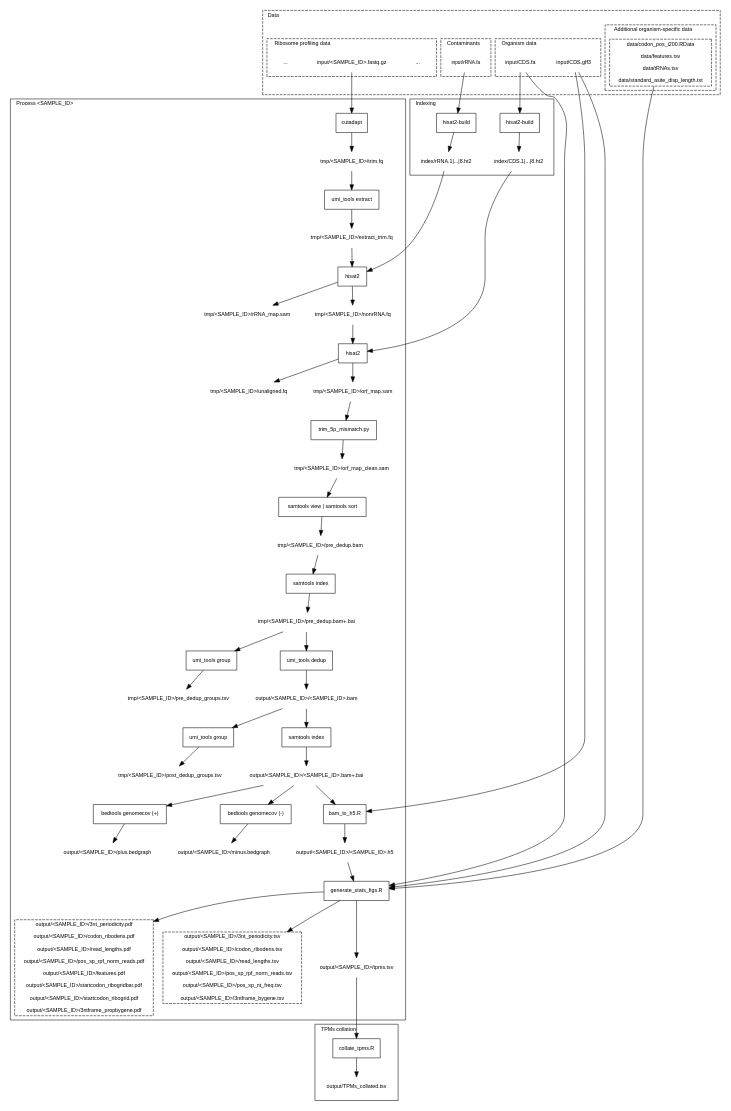
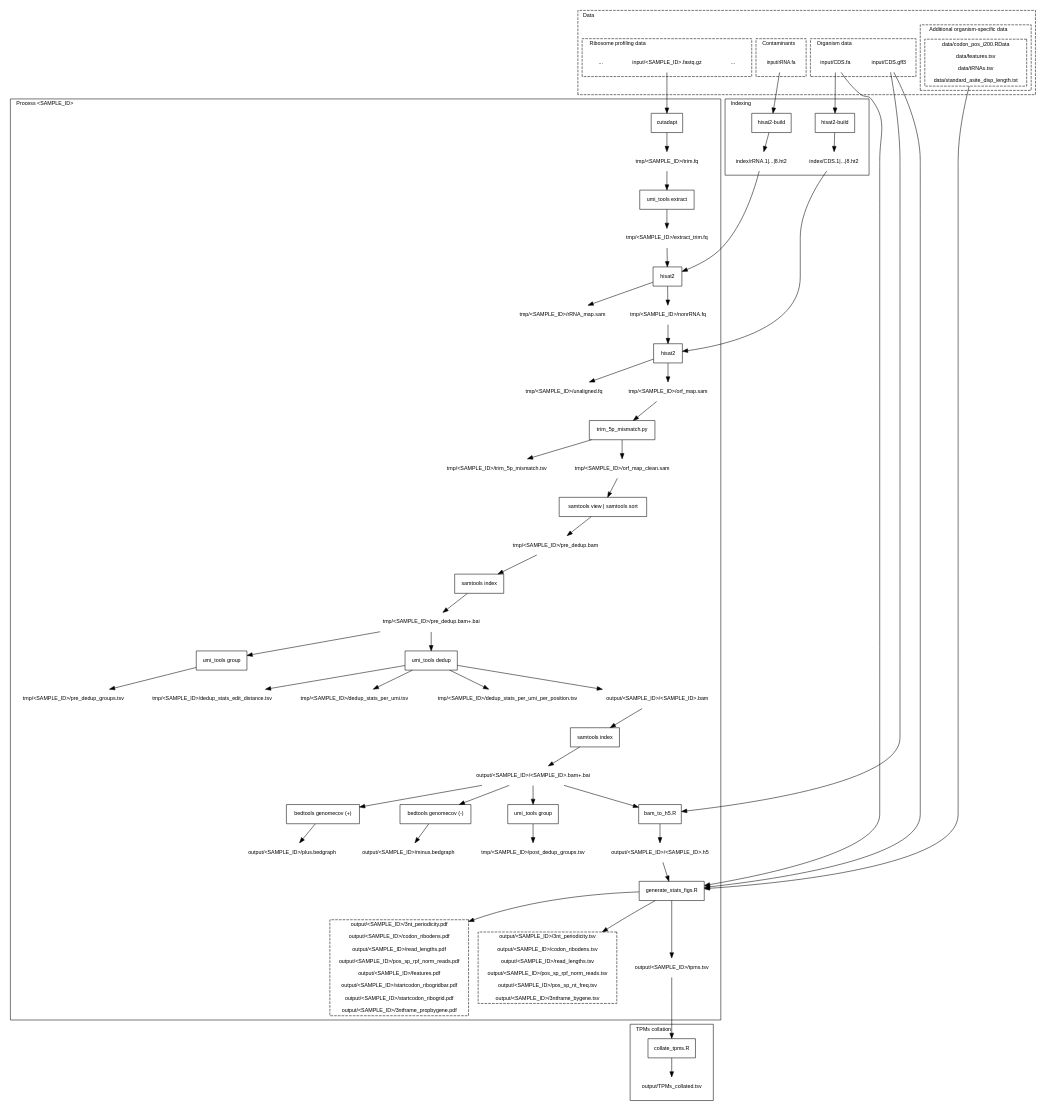
Before and after one commit to riboviz/riboviz: the diagram in docs/images/workflow-dedup.dot, drawn with Graphviz. The commit also changed 60 other files, not shown here.

```diff
--- a/docs/images/workflow-dedup.dot
+++ b/docs/images/workflow-dedup.dot
@@ -1,172 +1,181 @@
 digraph G {
   graph [ fontname=Helvetica, fontsize=10, compound=true ]
   node [ fontname=Helvetica, fontsize=10 ]
   edge [ fontname=Helvetica, fontsize=10 ]
 
   subgraph cluster_data {
     label = "Data"
     labeljust = "l"
     style = dashed
 
     subgraph cluster_organism {
       label = "Organism data"
       labeljust = "l"
       style = dashed
 
       "input/CDS.fa"  [shape=plaintext]
       "input/CDS.gff3" [shape=plaintext]
     }
 
     subgraph cluster_contaminants {
       label = "Contaminants"
       labeljust = "l"
       style = dashed
 
       "input/rRNA.fa"  [shape=plaintext, fontsize=9]
     }
 
     subgraph cluster_additional_organism {
       label = "Additional organism-specific data"
       labeljust = "l"
       style = dashed
 
       data [label="data/codon_pos_i200.RData\n
 data/features.tsv\n
 data/tRNAs.tsv\n
 data/standard_asite_disp_length.txt"] [shape=box, style=dashed]
     }
 
     subgraph cluster_ribosome {
       label = "Ribosome profiling data"
       labeljust = "l"
       style = dashed
 
       ribosome_data0toI [label="..."] [shape=plaintext]
       "input/<SAMPLE_ID>.fastq.gz" [shape=plaintext]
       ribosome_dataItoN [label="..."] [shape=plaintext]
     }
   }
   
   subgraph cluster_indexing {
     label = "Indexing"
     labeljust = "l"
 
     h2build1 [label="hisat2-build"] [shape=box]
     h2build2 [label="hisat2-build"] [shape=box]
 
     "index/rRNA.1|...|8.ht2" [shape=plaintext]
     "index/CDS.1|...|8.ht2" [shape=plaintext]
 
     "input/rRNA.fa" -> h2build1 -> "index/rRNA.1|...|8.ht2"
     "input/CDS.fa" -> h2build2 -> "index/CDS.1|...|8.ht2"
   }
 
   subgraph cluster_per_sample_processing {
     label = "Process <SAMPLE_ID>"
     labeljust = "l"
 
     cut [label="cutadapt"] [shape=box]
     umi_extract [label="umi_tools extract"] [shape=box]
     h21 [label="hisat2"] [shape=box]
     h22 [label="hisat2"] [shape=box]
     samindex [label="samtools index"] [shape=box]
     samview [label="samtools view | samtools sort"] [shape=box]
     umi_pre_group [label="umi_tools group"] [shape=box]
     umi_dedup [label="umi_tools dedup"] [shape=box]
     umi_post_group [label="umi_tools group"] [shape=box]
     samindex_dedup [label="samtools index"] [shape=box]
     trim [label="trim_5p_mismatch.py"] [shape=box]
     bedplus [label="bedtools genomecov (+)"] [shape=box]
     bedminus [label="bedtools genomecov (-)"] [shape=box]
     bam2h5 [label="bam_to_h5.R"] [shape=box]
     statsfigs [label="generate_stats_figs.R"] [shape=box]
 
     "tmp/<SAMPLE_ID>/trim.fq" [shape=plaintext]
     "tmp/<SAMPLE_ID>/extract_trim.fq" [shape=plaintext]
     "tmp/<SAMPLE_ID>/rRNA_map.sam" [shape=plaintext]
     "tmp/<SAMPLE_ID>/nonrRNA.fq" [shape=plaintext]
     "tmp/<SAMPLE_ID>/unaligned.fq" [shape=plaintext]
     "tmp/<SAMPLE_ID>/orf_map.sam" [shape=plaintext]
+    "tmp/<SAMPLE_ID>/trim_5p_mismatch.tsv" [shape=plaintext]
     "tmp/<SAMPLE_ID>/orf_map_clean.sam" [shape=plaintext]
     "tmp/<SAMPLE_ID>/pre_dedup_groups.tsv" [shape=plaintext]
     "tmp/<SAMPLE_ID>/post_dedup_groups.tsv" [shape=plaintext]
     "tmp/<SAMPLE_ID>/pre_dedup.bam" [shape=plaintext]
     "tmp/<SAMPLE_ID>/pre_dedup.bam+.bai" [shape=plaintext]
+    "tmp/<SAMPLE_ID>/dedup_stats_edit_distance.tsv" [shape=plaintext]
+    "tmp/<SAMPLE_ID>/dedup_stats_per_umi.tsv" [shape=plaintext]
+    "tmp/<SAMPLE_ID>/dedup_stats_per_umi_per_position.tsv" [shape=plaintext]
     "output/<SAMPLE_ID>/<SAMPLE_ID>.bam" [shape=plaintext]
     "output/<SAMPLE_ID>/<SAMPLE_ID>.bam+.bai" [shape=plaintext]
     "output/<SAMPLE_ID>/plus.bedgraph" [shape=plaintext]
     "output/<SAMPLE_ID>/minus.bedgraph" [shape=plaintext]
     "output/<SAMPLE_ID>/<SAMPLE_ID>.h5" [shape=plaintext]
 
     pdfs [label="output/<SAMPLE_ID>/3nt_periodicity.pdf\n
 output/<SAMPLE_ID>/codon_ribodens.pdf\n
 output/<SAMPLE_ID>/read_lengths.pdf\n
 output/<SAMPLE_ID>/pos_sp_rpf_norm_reads.pdf\n
 output/<SAMPLE_ID>/features.pdf\n
 output/<SAMPLE_ID>/startcodon_ribogridbar.pdf\n
 output/<SAMPLE_ID>/startcodon_ribogrid.pdf\n
 output/<SAMPLE_ID>/3ntframe_propbygene.pdf
 "] [shape=box, style=dashed]
 
     tsvs [label="output/<SAMPLE_ID>/3nt_periodicity.tsv\n
 output/<SAMPLE_ID>/codon_ribodens.tsv\n
 output/<SAMPLE_ID>/read_lengths.tsv\n
 output/<SAMPLE_ID>/pos_sp_rpf_norm_reads.tsv\n
 output/<SAMPLE_ID>/pos_sp_nt_freq.tsv\n
 output/<SAMPLE_ID>/3ntframe_bygene.tsv
 "] [shape=box, style=dashed]
 
     "output/<SAMPLE_ID>/tpms.tsv" [shape=plaintext]
 
     "input/<SAMPLE_ID>.fastq.gz" -> cut -> "tmp/<SAMPLE_ID>/trim.fq"
     "tmp/<SAMPLE_ID>/trim.fq" -> umi_extract -> "tmp/<SAMPLE_ID>/extract_trim.fq"
     "tmp/<SAMPLE_ID>/extract_trim.fq" -> h21
     "index/rRNA.1|...|8.ht2" -> h21
     h21 -> "tmp/<SAMPLE_ID>/rRNA_map.sam"
     h21 -> "tmp/<SAMPLE_ID>/nonrRNA.fq"
 
     "index/CDS.1|...|8.ht2" -> h22
     "tmp/<SAMPLE_ID>/nonrRNA.fq" -> h22
     h22 -> "tmp/<SAMPLE_ID>/unaligned.fq"
     h22 -> "tmp/<SAMPLE_ID>/orf_map.sam"
 
-    "tmp/<SAMPLE_ID>/orf_map.sam" -> trim -> "tmp/<SAMPLE_ID>/orf_map_clean.sam"
+    "tmp/<SAMPLE_ID>/orf_map.sam" -> trim
+    trim -> "tmp/<SAMPLE_ID>/orf_map_clean.sam"
+    trim -> "tmp/<SAMPLE_ID>/trim_5p_mismatch.tsv"
     "tmp/<SAMPLE_ID>/orf_map_clean.sam" -> samview -> "tmp/<SAMPLE_ID>/pre_dedup.bam"
     "tmp/<SAMPLE_ID>/pre_dedup.bam" -> samindex
     samindex -> "tmp/<SAMPLE_ID>/pre_dedup.bam+.bai"
 
     "tmp/<SAMPLE_ID>/pre_dedup.bam+.bai" -> umi_pre_group -> "tmp/<SAMPLE_ID>/pre_dedup_groups.tsv"
-    "tmp/<SAMPLE_ID>/pre_dedup.bam+.bai" -> umi_dedup -> "output/<SAMPLE_ID>/<SAMPLE_ID>.bam"
-    "output/<SAMPLE_ID>/<SAMPLE_ID>.bam" -> umi_post_group -> "tmp/<SAMPLE_ID>/post_dedup_groups.tsv"
-
+    "tmp/<SAMPLE_ID>/pre_dedup.bam+.bai" -> umi_dedup
+    umi_dedup -> "output/<SAMPLE_ID>/<SAMPLE_ID>.bam"
+    umi_dedup -> "tmp/<SAMPLE_ID>/dedup_stats_edit_distance.tsv"
+    umi_dedup -> "tmp/<SAMPLE_ID>/dedup_stats_per_umi.tsv"
+    umi_dedup -> "tmp/<SAMPLE_ID>/dedup_stats_per_umi_per_position.tsv"
     "output/<SAMPLE_ID>/<SAMPLE_ID>.bam" -> samindex_dedup -> "output/<SAMPLE_ID>/<SAMPLE_ID>.bam+.bai"
+    "output/<SAMPLE_ID>/<SAMPLE_ID>.bam+.bai" -> umi_post_group -> "tmp/<SAMPLE_ID>/post_dedup_groups.tsv"
 
     "output/<SAMPLE_ID>/<SAMPLE_ID>.bam+.bai" -> bedplus -> "output/<SAMPLE_ID>/plus.bedgraph"
     "output/<SAMPLE_ID>/<SAMPLE_ID>.bam+.bai" -> bedminus -> "output/<SAMPLE_ID>/minus.bedgraph"
 
     "output/<SAMPLE_ID>/<SAMPLE_ID>.bam+.bai" -> bam2h5
     "input/CDS.gff3" -> bam2h5
     bam2h5 -> "output/<SAMPLE_ID>/<SAMPLE_ID>.h5"
 
     "output/<SAMPLE_ID>/<SAMPLE_ID>.h5" -> statsfigs
     "input/CDS.fa" -> statsfigs
     "input/CDS.gff3" -> statsfigs
     data -> statsfigs
 
     statsfigs -> pdfs
     statsfigs -> tsvs
     statsfigs -> "output/<SAMPLE_ID>/tpms.tsv"
   }
 
   subgraph cluster_tpms_collation {
     label = "TPMs collation"
     labeljust = "l"
 
     collate [label="collate_tpms.R"] [shape=box]
 
     "output/TPMs_collated.tsv" [shape=plaintext]
 
     "output/<SAMPLE_ID>/tpms.tsv" -> collate
     collate -> "output/TPMs_collated.tsv"
   }
 }
```
